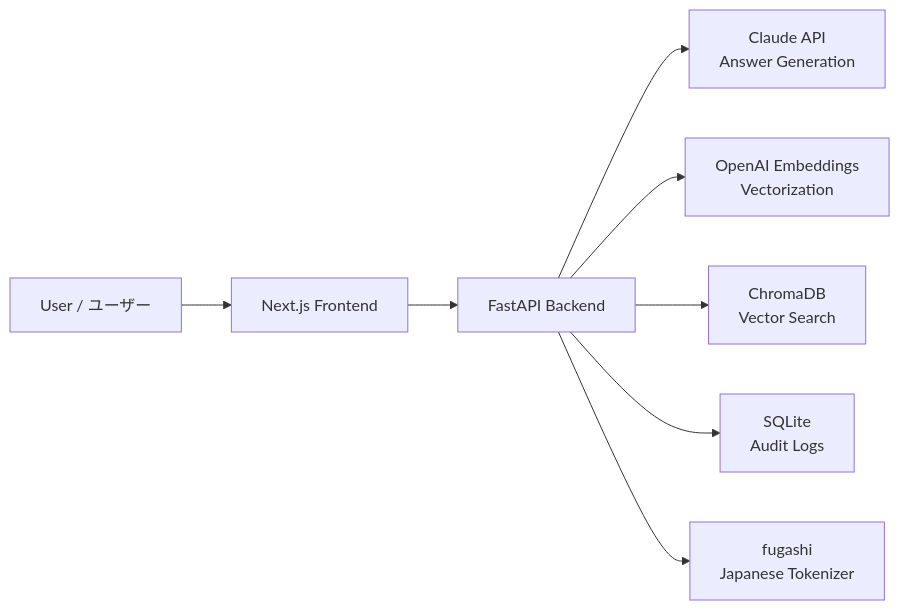
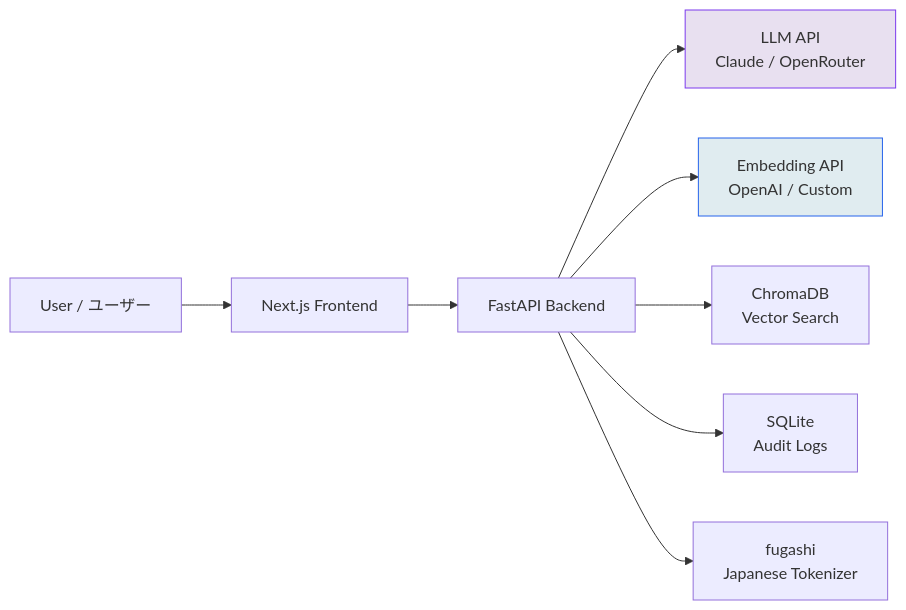
Before and after one commit to AringaRosa9/Internal-knowledge-base-search: the diagram in README.md, drawn with Mermaid. The commit also changed other lines of this file, not shown here.

Commit message:
docs: update README to reflect multi-provider API support

````diff
--- a/README.md
+++ b/README.md
@@ -15,10 +15,13 @@
 ```mermaid
 graph LR
     A[User / ユーザー] --> B[Next.js Frontend]
     B --> C[FastAPI Backend]
-    C --> D[Claude API<br/>Answer Generation]
-    C --> E[OpenAI Embeddings<br/>Vectorization]
+    C --> D[LLM API<br/>Claude / OpenRouter]
+    C --> E[Embedding API<br/>OpenAI / Custom]
     C --> F[ChromaDB<br/>Vector Search]
     C --> G[SQLite<br/>Audit Logs]
     C --> H[fugashi<br/>Japanese Tokenizer]
+
+    style D fill:#e8e0f0,stroke:#7c3aed
+    style E fill:#e0ecf0,stroke:#2563eb
 ```
````
